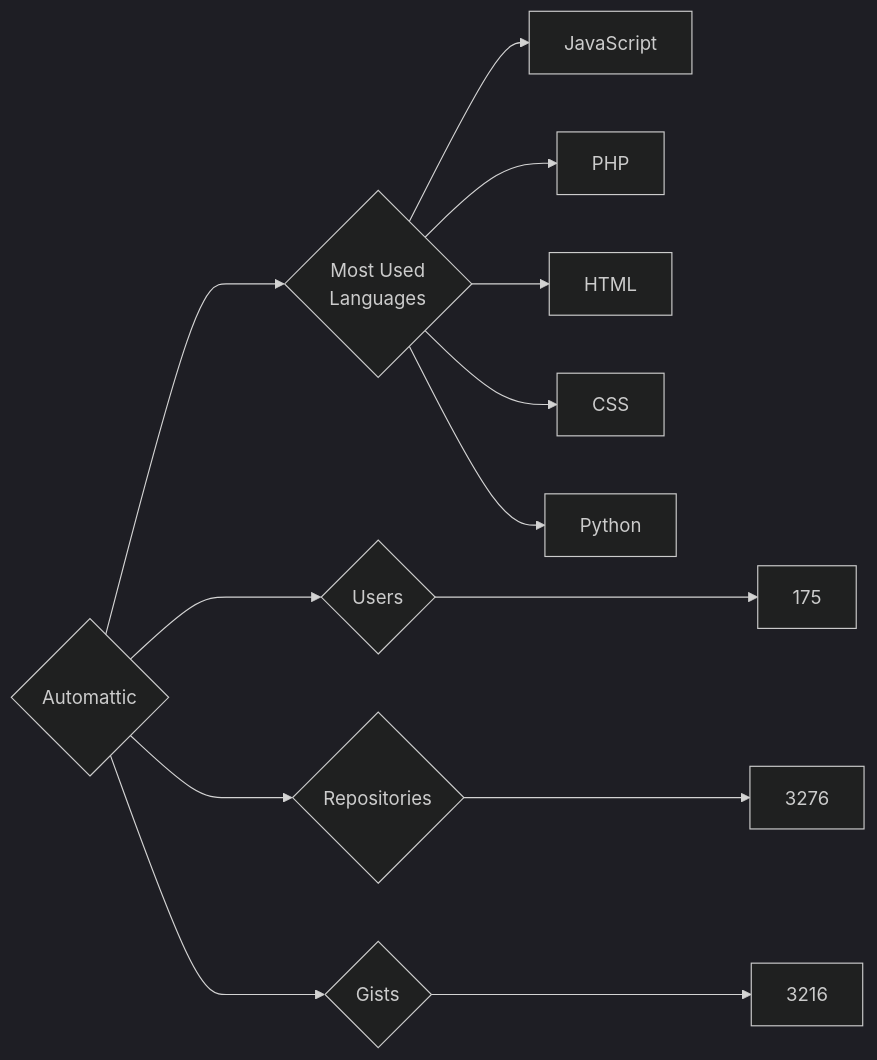
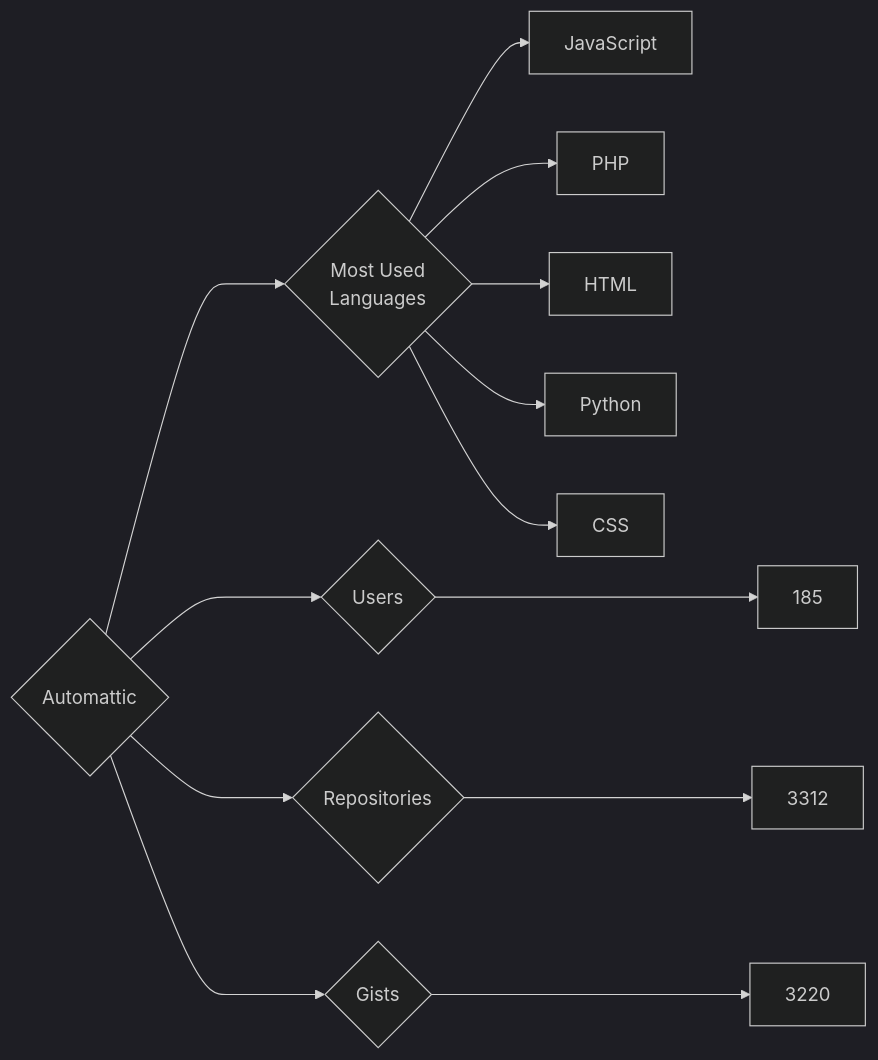
The diagram in targets/Automattic/README.md (trickest/insiders), drawn with Mermaid (dark theme) before and after one commit. The commit also changed 1314 other files, not shown here.

````diff
--- a/targets/Automattic/README.md
+++ b/targets/Automattic/README.md
@@ -3,13 +3,13 @@
 ```mermaid
 graph LR
 COMPANY_NAME{Automattic}
-COMPANY_NAME ---> U{Users} ---> UN[175]
-COMPANY_NAME ---> R{Repositories} ---> RN[3276]
-COMPANY_NAME ---> G{Gists} ---> GN[3216]
+COMPANY_NAME ---> U{Users} ---> UN[185]
+COMPANY_NAME ---> R{Repositories} ---> RN[3312]
+COMPANY_NAME ---> G{Gists} ---> GN[3220]
 COMPANY_NAME ---> ML{Most Used<br>Languages}
 ML --> JavaScript[JavaScript]
 ML --> PHP[PHP]
 ML --> HTML[HTML]
+ML --> Python[Python]
 ML --> CSS[CSS]
-ML --> Python[Python]
 ```
````
